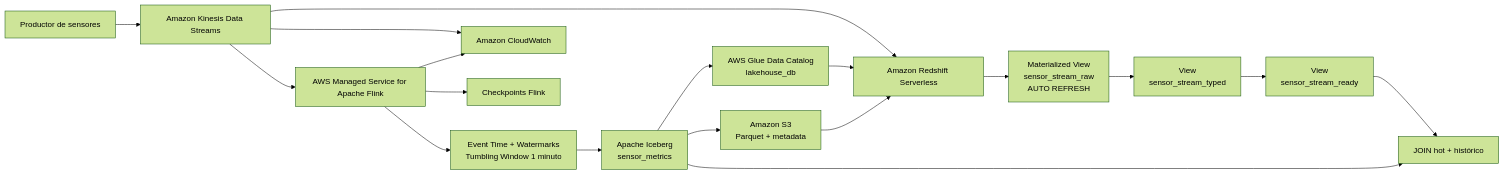
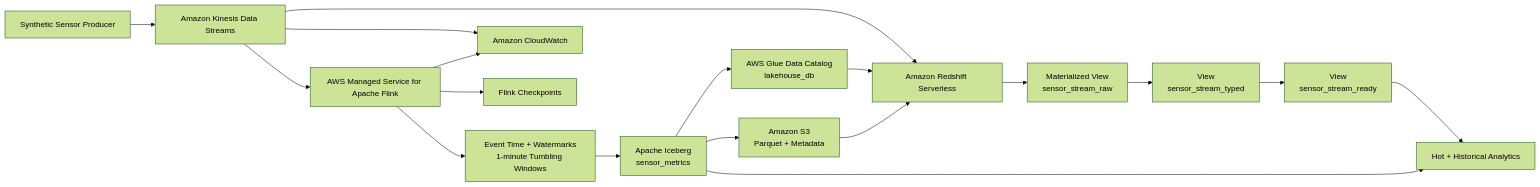
The diagram in README.md (MarcosPim-web/Realtime-data-platform-aws), drawn with Mermaid (forest theme) before and after one commit. The commit also changed other lines of this file and 2 other files, not shown here.

````diff
--- a/README.md
+++ b/README.md
@@ -20,44 +18,44 @@
 ```mermaid
 flowchart LR
-    Producer["Productor de sensores"]
+    Producer["Synthetic Sensor Producer"]
     Kinesis["Amazon Kinesis Data Streams"]
 
     Flink["AWS Managed Service for Apache Flink"]
-    Window["Event Time + Watermarks<br/>Tumbling Window 1 minuto"]
+    Window["Event Time + Watermarks<br/>1-minute Tumbling Windows"]
     Iceberg["Apache Iceberg<br/>sensor_metrics"]
-    S3["Amazon S3<br/>Parquet + metadata"]
+    S3["Amazon S3<br/>Parquet + Metadata"]
     Glue["AWS Glue Data Catalog<br/>lakehouse_db"]
 
     Redshift["Amazon Redshift Serverless"]
-    RawMV["Materialized View<br/>sensor_stream_raw<br/>AUTO REFRESH"]
+    RawMV["Materialized View<br/>sensor_stream_raw"]
     Typed["View<br/>sensor_stream_typed"]
     Ready["View<br/>sensor_stream_ready"]
 
-    Join["JOIN hot + histórico"]
+    Join["Hot + Historical Analytics"]
 
     CloudWatch["Amazon CloudWatch"]
-    Checkpoint["Checkpoints Flink"]
+    Checkpoints["Flink Checkpoints"]
 
     Producer --> Kinesis
 
     Kinesis --> Redshift
     Redshift --> RawMV
     RawMV --> Typed
     Typed --> Ready
 
     Kinesis --> Flink
     Flink --> Window
     Window --> Iceberg
     Iceberg --> S3
     Iceberg --> Glue
 
     Glue --> Redshift
     S3 --> Redshift
 
     Ready --> Join
     Iceberg --> Join
 
     Kinesis --> CloudWatch
     Flink --> CloudWatch
-    Flink --> Checkpoint
+    Flink --> Checkpoints
 ```
````
